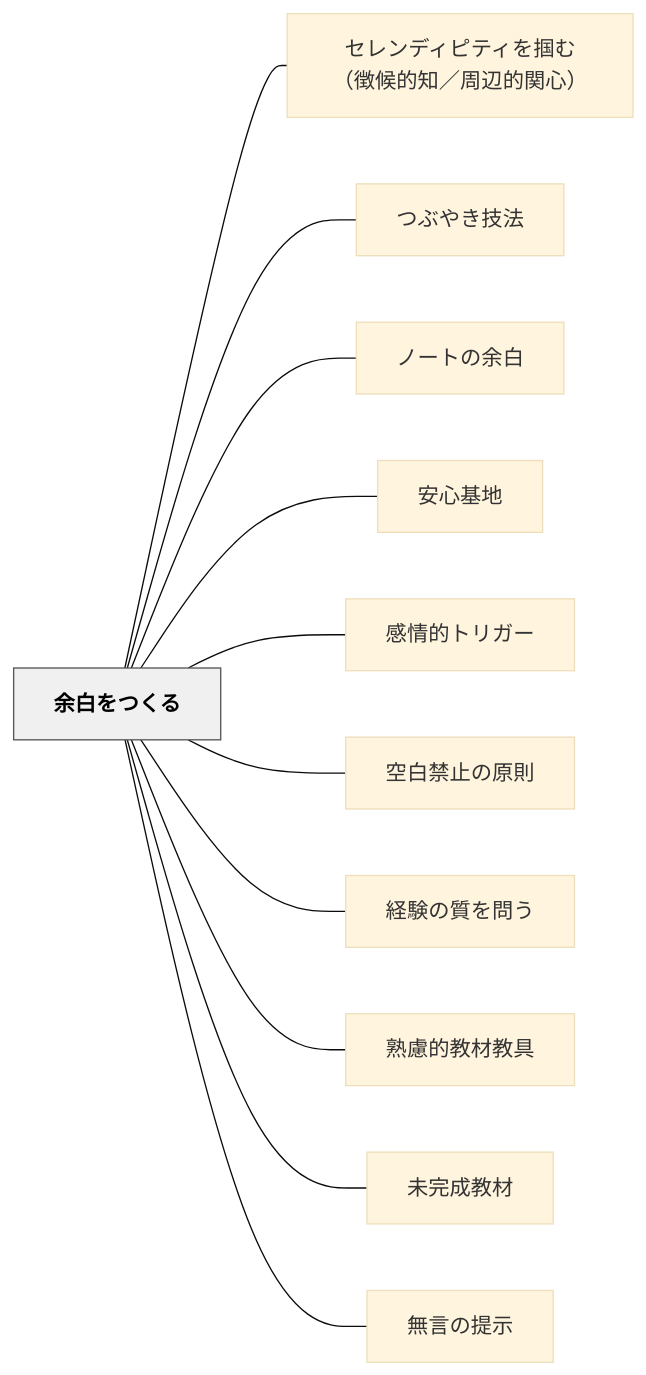
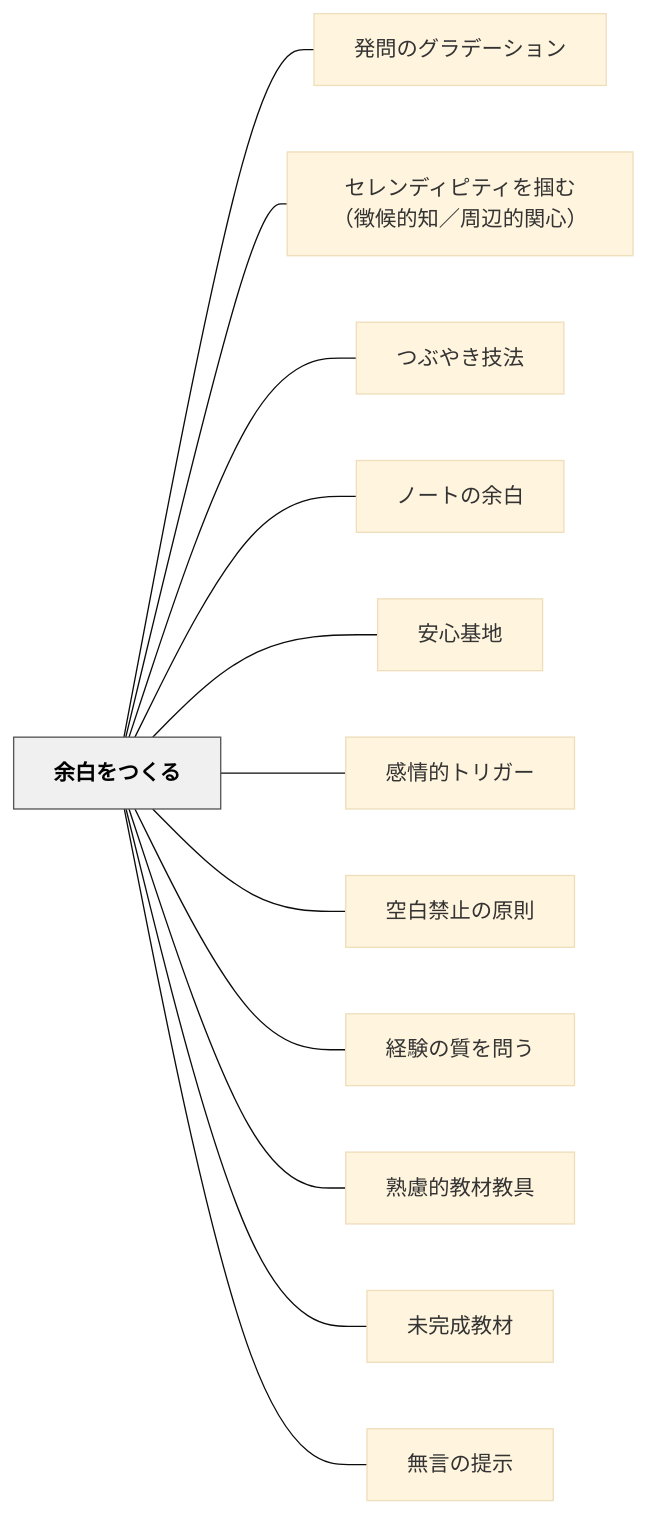
Before and after one commit to unknownthings-ed-patterns/unknownthings-ed-patterns: the diagram in content/パタン/余白をつくる.md, drawn with Mermaid (base theme). The commit also changed other lines of this file and 19 other files, not shown here.

````diff
--- a/content/パタン/余白をつくる.md
+++ b/content/パタン/余白をつくる.md
@@ -79,28 +80,30 @@
 ```mermaid
 flowchart LR
     ne4bd99e799bd["余白をつくる"]
+    ne799bae5958f["発問のグラデーション"]
     ne382bbe383ac["セレンディピティを掴む（徴候的知／周辺的関心）"]
     ne381a4e381b6["つぶやき技法"]
     ne3838ee383bc["ノートの余白"]
     ne5ae89e5bf83["安心基地"]
     ne6849fe68385["感情的トリガー"]
     ne7a9bae799bd["空白禁止の原則"]
     ne7b58ce9a893["経験の質を問う"]
     ne7869fe685ae["熟慮的教材教具"]
     ne69caae5ae8c["未完成教材"]
     ne784a1e8a880["無言の提示"]
 
+    ne4bd99e799bd --- ne799bae5958f
     ne4bd99e799bd --- ne382bbe383ac
     ne4bd99e799bd --- ne381a4e381b6
     ne4bd99e799bd --- ne3838ee383bc
     ne4bd99e799bd --- ne5ae89e5bf83
     ne4bd99e799bd --- ne6849fe68385
     ne4bd99e799bd --- ne7a9bae799bd
     ne4bd99e799bd --- ne7b58ce9a893
     ne4bd99e799bd --- ne7869fe685ae
     ne4bd99e799bd --- ne69caae5ae8c
     ne4bd99e799bd --- ne784a1e8a880
 
     classDef hub fill:#f0f0f0,stroke:#555,color:#000,font-weight:bold
     class ne4bd99e799bd hub
 ```
````
